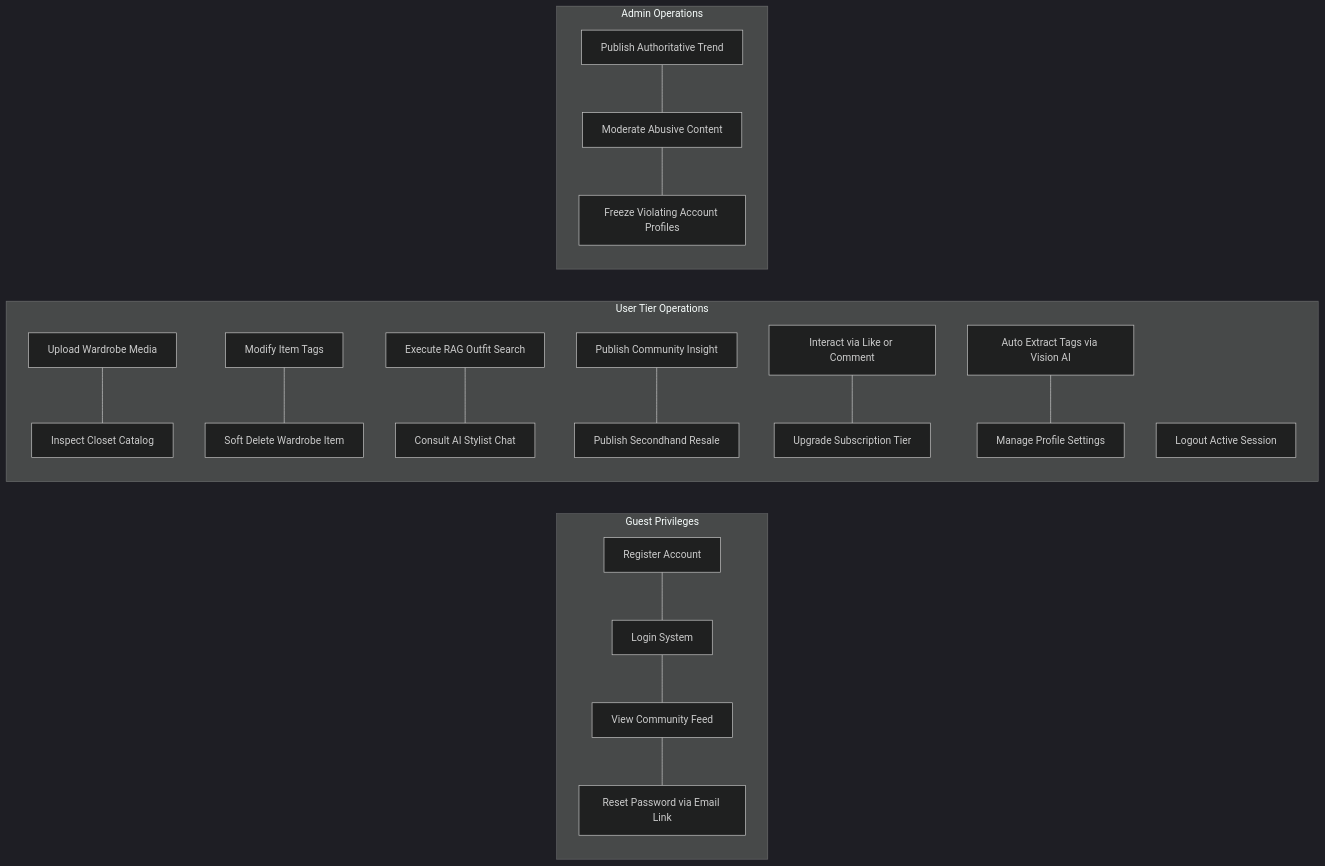
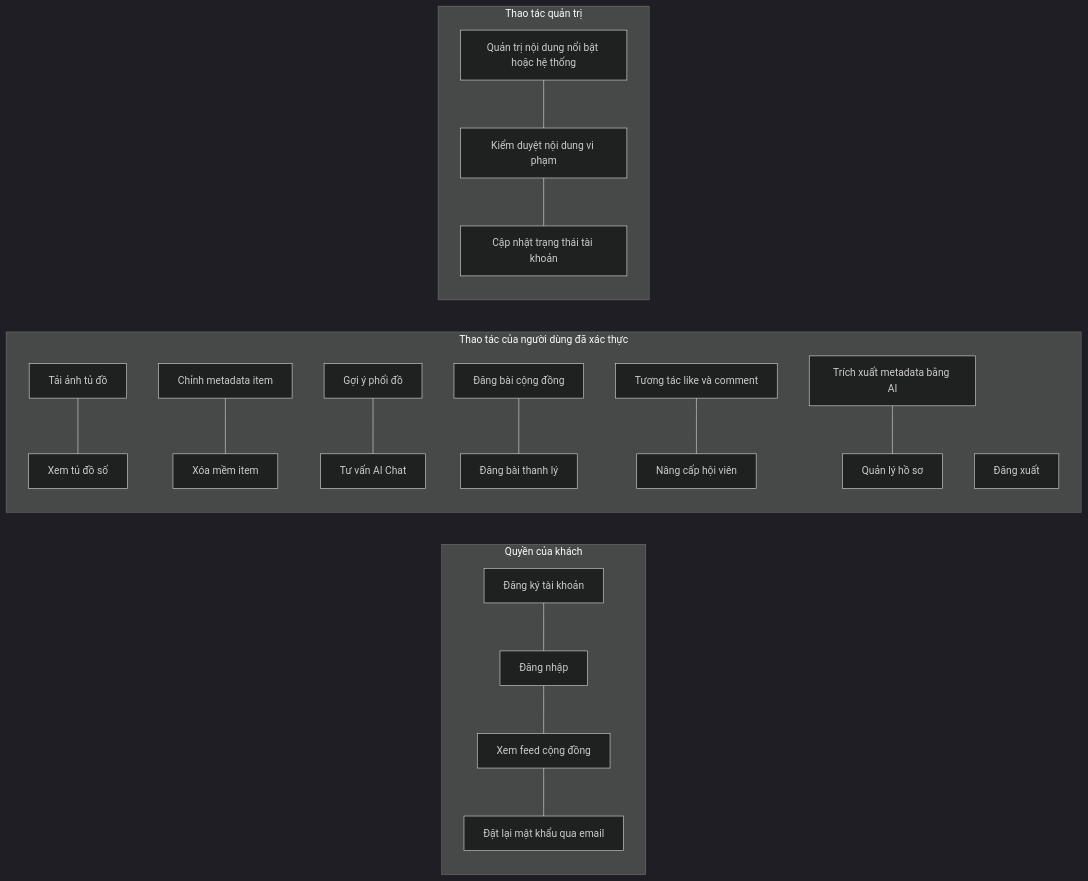
Before and after one commit to hycat-team/smart-wardrobe-be: the diagram in docs/business/BUSINESS_MODULE_MAIN.md, drawn with Mermaid (dark theme). The commit also changed other lines of this file and 5 other files, not shown here.

````diff
--- a/docs/business/BUSINESS_MODULE_MAIN.md
+++ b/docs/business/BUSINESS_MODULE_MAIN.md
@@ -115,21 +232,21 @@
 ```mermaid
 graph LR
-    subgraph Guest_Actions [Guest Privileges]
-        UC01[Register Account] --- UC02[Login System] --- UC03[View Community Feed] --- UC19[Reset Password via Email Link]
+    subgraph Guest_Actions [Quyền của khách]
+        UC01[Đăng ký tài khoản] --- UC02[Đăng nhập] --- UC03[Xem feed cộng đồng] --- UC19[Đặt lại mật khẩu qua email]
     end
 
-    subgraph Authenticated_Actions [User Tier Operations]
-        UC04[Upload Wardrobe Media] --- UC05[Inspect Closet Catalog]
-        UC06[Modify Item Tags] --- UC07[Soft Delete Wardrobe Item]
-        UC08[Execute RAG Outfit Search] --- UC09[Consult AI Stylist Chat]
-        UC10[Publish Community Insight] --- UC11[Publish Secondhand Resale]
-        UC12[Interact via Like or Comment] --- UC13[Upgrade Subscription Tier]
-        UC17[Auto Extract Tags via Vision AI] --- UC18[Manage Profile Settings]
-        UC20[Logout Active Session]
+    subgraph Authenticated_Actions [Thao tác của người dùng đã xác thực]
+        UC04[Tải ảnh tủ đồ] --- UC05[Xem tủ đồ số]
+        UC06[Chỉnh metadata item] --- UC07[Xóa mềm item]
+        UC08[Gợi ý phối đồ] --- UC09[Tư vấn AI Chat]
+        UC10[Đăng bài cộng đồng] --- UC11[Đăng bài thanh lý]
+        UC12[Tương tác like và comment] --- UC13[Nâng cấp hội viên]
+        UC17[Trích xuất metadata bằng AI] --- UC18[Quản lý hồ sơ]
+        UC20[Đăng xuất]
     end
 
-    subgraph Administrative_Actions [Admin Operations]
-        UC14[Publish Authoritative Trend] --- UC15[Moderate Abusive Content] --- UC16[Freeze Violating Account Profiles]
+    subgraph Administrative_Actions [Thao tác quản trị]
+        UC14[Quản trị nội dung nổi bật hoặc hệ thống] --- UC15[Kiểm duyệt nội dung vi phạm] --- UC16[Cập nhật trạng thái tài khoản]
     end
 
 ```
````
